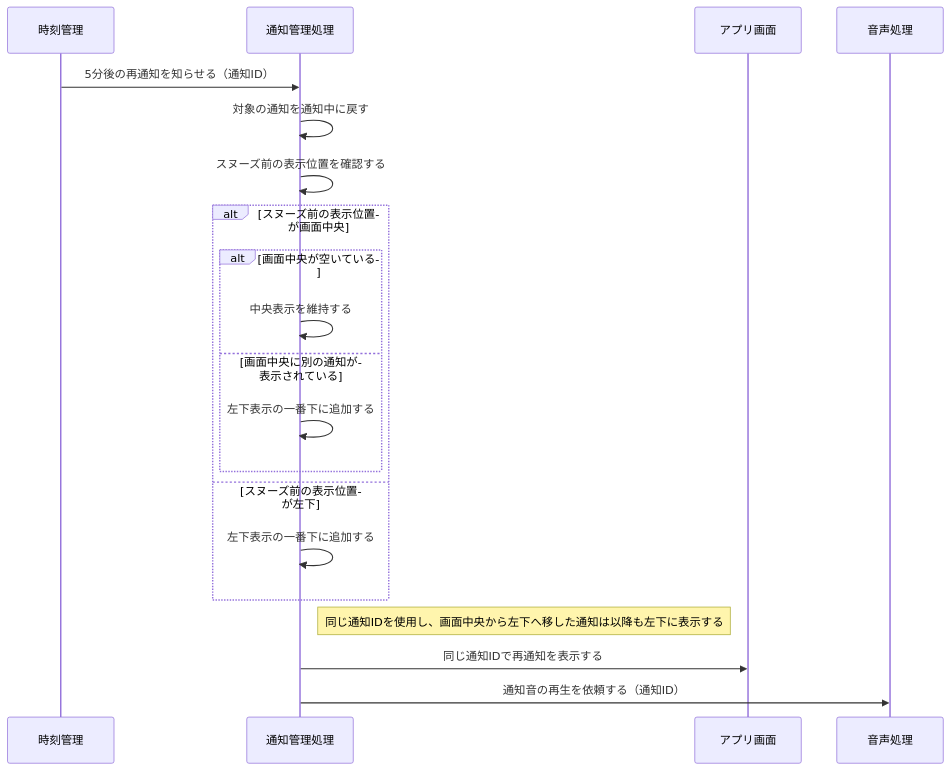
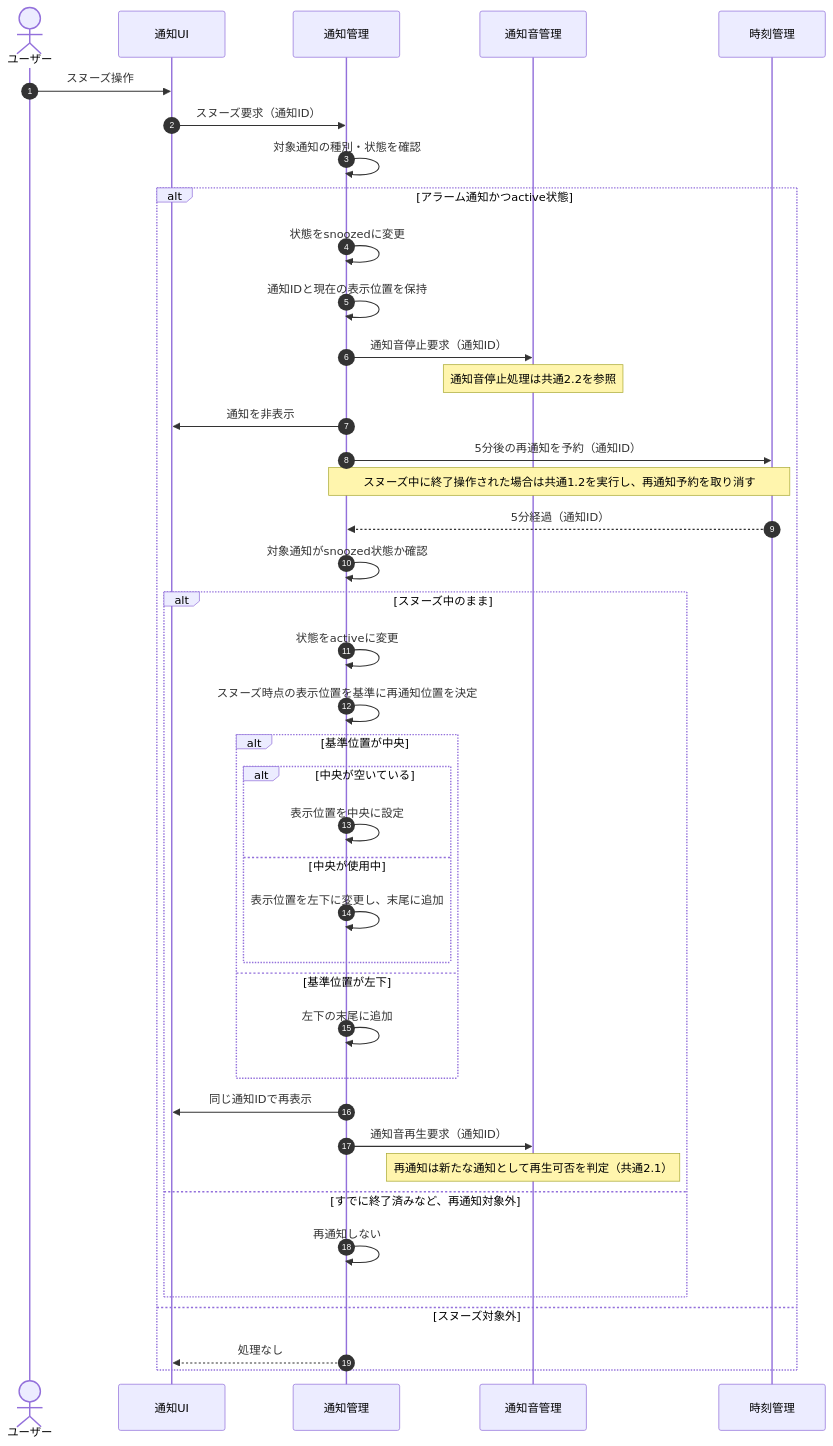
The third of 7 diagrams in document/設計/シーケンス図/共通シーケンス図.md (shun62201234-crypto/timerApplication), drawn with Mermaid before and after one commit. The commit also changed other lines of this file, not shown here.

First line of the commit message:
共通シーケンス図の整理と重複処理の統合

````diff
--- a/document/設計/シーケンス図/共通シーケンス図.md
+++ b/document/設計/シーケンス図/共通シーケンス図.md
@@ -85,27 +60,51 @@
 ```mermaid
 sequenceDiagram
+    autonumber
+    actor User as ユーザー
+    participant UI as 通知UI
+    participant Notify as 通知管理
+    participant Audio as 通知音管理
     participant Clock as 時刻管理
-    participant Notify as 通知管理処理
-    participant UI as アプリ画面
-    participant Audio as 音声処理
 
-    Clock->>Notify: 5分後の再通知を知らせる（通知ID）
-    Notify->>Notify: 対象の通知を通知中に戻す
-    Notify->>Notify: スヌーズ前の表示位置を確認する
+    User->>UI: スヌーズ操作
+    UI->>Notify: スヌーズ要求（通知ID）
 
-    alt スヌーズ前の表示位置が画面中央
-        alt 画面中央が空いている
-            Notify->>Notify: 中央表示を維持する
-        else 画面中央に別の通知が表示されている
-            Notify->>Notify: 左下表示の一番下に追加する
+    Notify->>Notify: 対象通知の種別・状態を確認
+
+    alt アラーム通知かつactive状態
+        Notify->>Notify: 状態をsnoozedに変更
+        Notify->>Notify: 通知IDと現在の表示位置を保持
+        Notify->>Audio: 通知音停止要求（通知ID）
+        Note over Audio: 通知音停止処理は共通2.2を参照
+        Notify->>UI: 通知を非表示
+        Notify->>Clock: 5分後の再通知を予約（通知ID）
+
+        Note over Notify,Clock: スヌーズ中に終了操作された場合は共通1.2を実行し、再通知予約を取り消す
+
+        Clock-->>Notify: 5分経過（通知ID）
+        Notify->>Notify: 対象通知がsnoozed状態か確認
+
+        alt スヌーズ中のまま
+            Notify->>Notify: 状態をactiveに変更
+            Notify->>Notify: スヌーズ時点の表示位置を基準に再通知位置を決定
+
+            alt 基準位置が中央
+                alt 中央が空いている
+                    Notify->>Notify: 表示位置を中央に設定
+                else 中央が使用中
+                    Notify->>Notify: 表示位置を左下に変更し、末尾に追加
+                end
+            else 基準位置が左下
+                Notify->>Notify: 左下の末尾に追加
+            end
+
+            Notify->>UI: 同じ通知IDで再表示
+            Notify->>Audio: 通知音再生要求（通知ID）
+            Note over Audio: 再通知は新たな通知として再生可否を判定（共通2.1）
+        else すでに終了済みなど、再通知対象外
+            Notify->>Notify: 再通知しない
         end
-
-    else スヌーズ前の表示位置が左下
-        Notify->>Notify: 左下表示の一番下に追加する
+    else スヌーズ対象外
+        Notify-->>UI: 処理なし
     end
-
-    Note right of Notify: 同じ通知IDを使用し、画面中央から左下へ移した通知は以降も左下に表示する
-
-    Notify->>UI: 同じ通知IDで再通知を表示する
-    Notify->>Audio: 通知音の再生を依頼する（通知ID）
 ```
````
